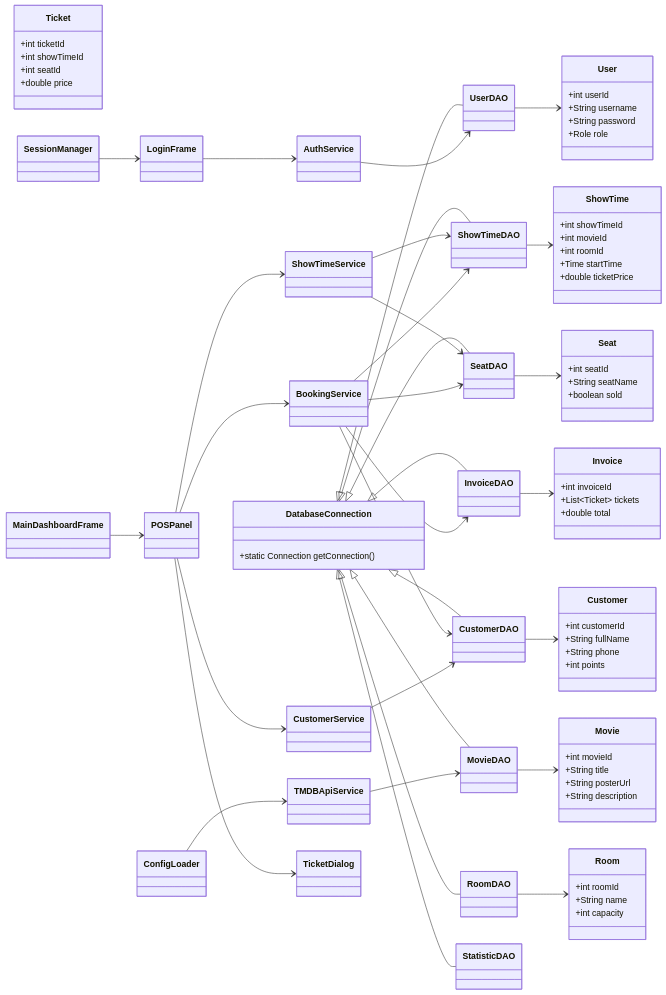
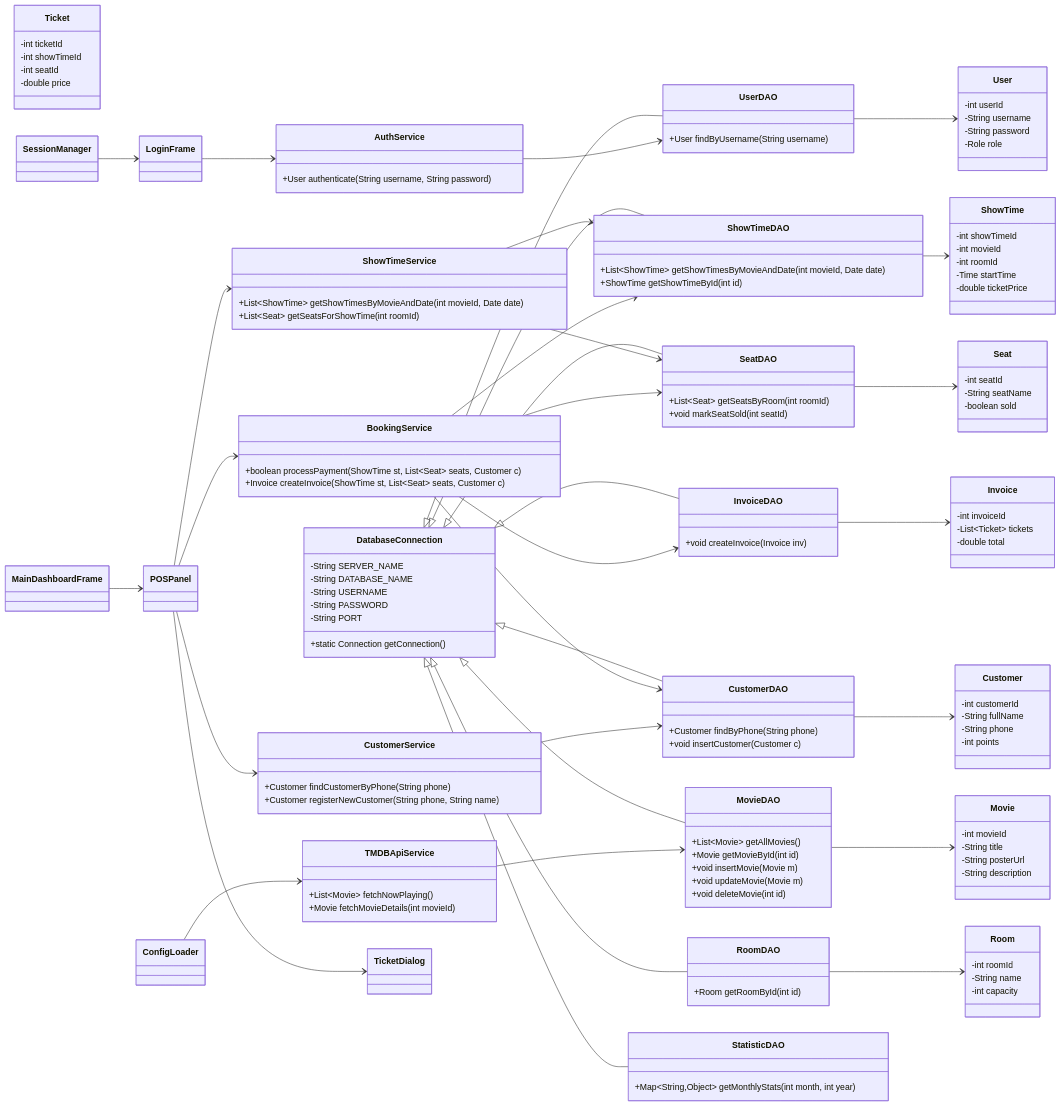
One commit to haidangnguyen2006/Cinema_Booking_Desktop changed the diagram in Doc/class-diagram.md. Above: the diagram before and after it, drawn with Mermaid.

Commit message:
add function into the class

```diff
--- a/Doc/class-diagram.md
+++ b/Doc/class-diagram.md
@@ -8,73 +8,115 @@
 
     %% Core: DB connection
     class DatabaseConnection {
+      -String SERVER_NAME
+      -String DATABASE_NAME
+      -String USERNAME
+      -String PASSWORD
+      -String PORT
       +static Connection getConnection()
     }
 
     %% Models
     class Movie {
-      +int movieId
-      +String title
-      +String posterUrl
-      +String description
+      -int movieId
+      -String title
+      -String posterUrl
+      -String description
     }
     class ShowTime {
-      +int showTimeId
-      +int movieId
-      +int roomId
-      +Time startTime
-      +double ticketPrice
+      -int showTimeId
+      -int movieId
+      -int roomId
+      -Time startTime
+      -double ticketPrice
     }
     class Seat {
-      +int seatId
-      +String seatName
-      +boolean sold
+      -int seatId
+      -String seatName
+      -boolean sold
     }
     class Room {
-      +int roomId
-      +String name
-      +int capacity
+      -int roomId
+      -String name
+      -int capacity
     }
     class Customer {
-      +int customerId
-      +String fullName
-      +String phone
-      +int points
+      -int customerId
+      -String fullName
+      -String phone
+      -int points
     }
     class Ticket {
-      +int ticketId
-      +int showTimeId
-      +int seatId
-      +double price
+      -int ticketId
+      -int showTimeId
+      -int seatId
+      -double price
     }
     class Invoice {
-      +int invoiceId
-      +List~Ticket~ tickets
-      +double total
+      -int invoiceId
+      -List~Ticket~ tickets
+      -double total
     }
     class User {
-      +int userId
-      +String username
-      +String password
-      +Role role
+      -int userId
+      -String username
+      -String password
+      -Role role
     }
 
     %% DAOs
-    class MovieDAO
-    class ShowTimeDAO
-    class SeatDAO
-    class RoomDAO
-    class CustomerDAO
-    class InvoiceDAO
-    class UserDAO
-    class StatisticDAO
+    class MovieDAO {
+      +List~Movie~ getAllMovies()
+      +Movie getMovieById(int id)
+      +void insertMovie(Movie m)
+      +void updateMovie(Movie m)
+      +void deleteMovie(int id)
+    }
+    class ShowTimeDAO {
+      +List~ShowTime~ getShowTimesByMovieAndDate(int movieId, Date date)
+      +ShowTime getShowTimeById(int id)
+    }
+    class SeatDAO {
+      +List~Seat~ getSeatsByRoom(int roomId)
+      +void markSeatSold(int seatId)
+    }
+    class RoomDAO {
+      +Room getRoomById(int id)
+    }
+    class CustomerDAO {
+      +Customer findByPhone(String phone)
+      +void insertCustomer(Customer c)
+    }
+    class InvoiceDAO {
+      +void createInvoice(Invoice inv)
+    }
+    class UserDAO {
+      +User findByUsername(String username)
+    }
+    class StatisticDAO {
+      +Map~String,Object~ getMonthlyStats(int month, int year)
+    }
 
     %% Services
-    class BookingService
-    class ShowTimeService
-    class CustomerService
-    class AuthService
-    class TMDBApiService
+    class BookingService {
+      +boolean processPayment(ShowTime st, List~Seat~ seats, Customer c)
+      +Invoice createInvoice(ShowTime st, List~Seat~ seats, Customer c)
+    }
+    class ShowTimeService {
+      +List~ShowTime~ getShowTimesByMovieAndDate(int movieId, Date date)
+      +List~Seat~ getSeatsForShowTime(int roomId)
+    }
+    class CustomerService {
+      +Customer findCustomerByPhone(String phone)
+      +Customer registerNewCustomer(String phone, String name)
+    }
+    class AuthService {
+      +User authenticate(String username, String password)
+    }
+    class TMDBApiService {
+      +List~Movie~ fetchNowPlaying()
+      +Movie fetchMovieDetails(int movieId)
+    }
 
     %% Utils & UI
     class ConfigLoader
```
